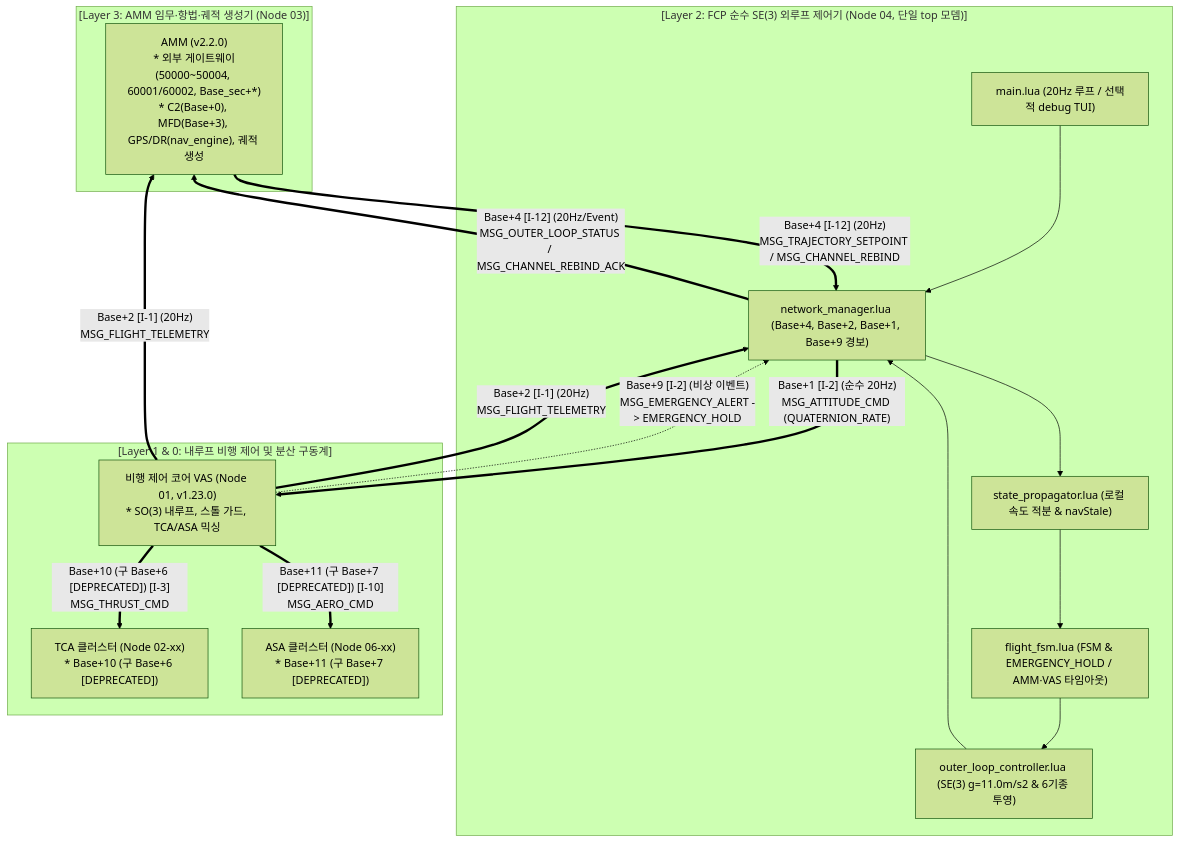
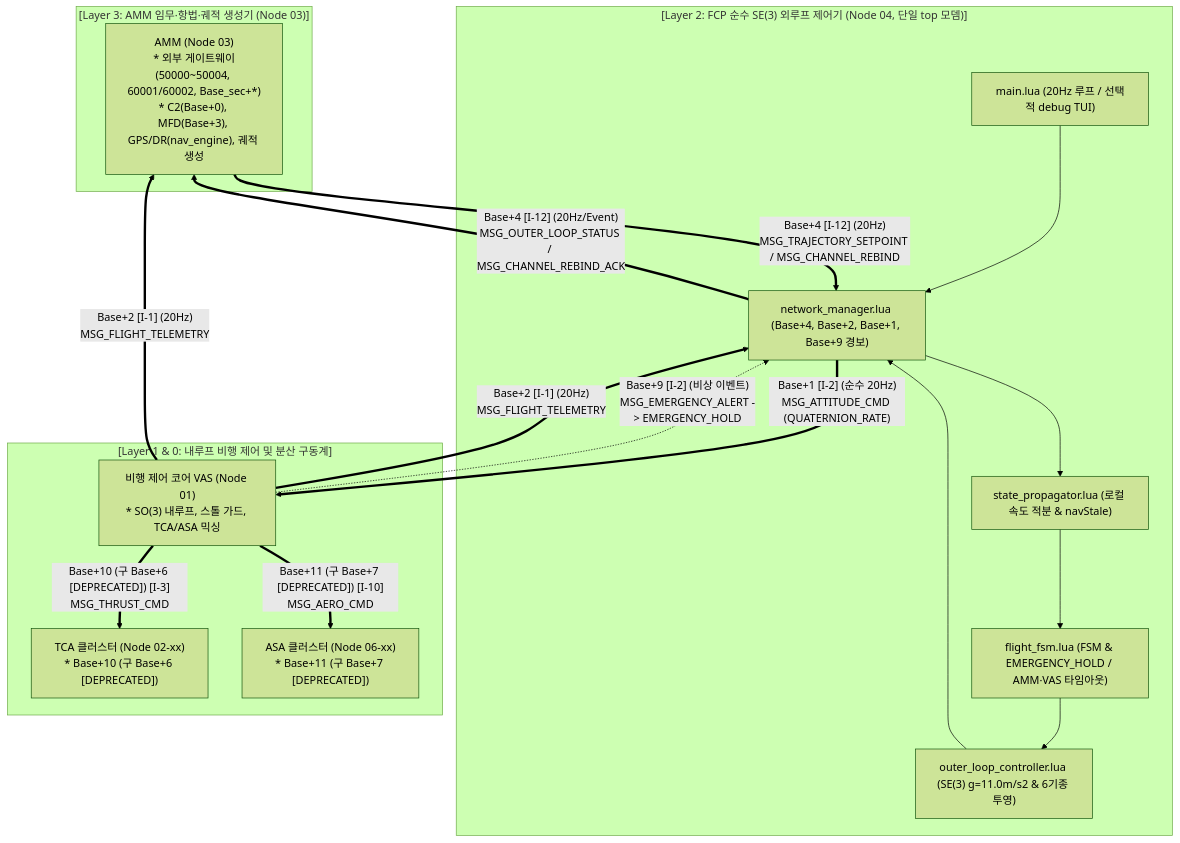
Before and after one commit to Polimachi/Aeroneutics_Autopilot: the first of 5 diagrams in docs/specs/2_guidance/fcp/FCP_PROGRAM_SPECIFICATION.md, drawn with Mermaid (forest theme). The commit also changed other lines of this file, not shown here.

````diff
--- a/docs/specs/2_guidance/fcp/FCP_PROGRAM_SPECIFICATION.md
+++ b/docs/specs/2_guidance/fcp/FCP_PROGRAM_SPECIFICATION.md
@@ -81,34 +74,34 @@
 ```mermaid
 flowchart TD
     subgraph AMM_LAYER["[Layer 3: AMM 임무·항법·궤적 생성기 (Node 03)]"]
-        AMM["AMM (v2.2.0)<br/>* 외부 게이트웨이(50000~50004, 60001/60002, Base_sec+*)<br/>* C2(Base+0), MFD(Base+3), GPS/DR(nav_engine), 궤적 생성"]
+        AMM["AMM (Node 03)<br/>* 외부 게이트웨이(50000~50004, 60001/60002, Base_sec+*)<br/>* C2(Base+0), MFD(Base+3), GPS/DR(nav_engine), 궤적 생성"]
     end
 
     subgraph FCP_NODE["[Layer 2: FCP 순수 SE(3) 외루프 제어기 (Node 04, 단일 top 모뎀)]"]
         FCP_MAIN["main.lua (20Hz 루프 / 선택적 debug TUI)"]
         NET_MGR["network_manager.lua (Base+4, Base+2, Base+1, Base+9 경보)"]
         PROP["state_propagator.lua (로컬 속도 적분 & navStale)"]
         OUTER["outer_loop_controller.lua (SE(3) g=11.0m/s2 & 6기종 투영)"]
         FSM["flight_fsm.lua (FSM & EMERGENCY_HOLD / AMM·VAS 타임아웃)"]
         FCP_MAIN --> NET_MGR
         NET_MGR --> PROP
         PROP --> FSM
         FSM --> OUTER
         OUTER --> NET_MGR
     end
 
     subgraph ACTUATION_SUBSYSTEM["[Layer 1 & 0: 내루프 비행 제어 및 분산 구동계]"]
-        CORE["비행 제어 코어 VAS (Node 01, v1.23.0)<br/>* SO(3) 내루프, 스톨 가드, TCA/ASA 믹싱"]
+        CORE["비행 제어 코어 VAS (Node 01)<br/>* SO(3) 내루프, 스톨 가드, TCA/ASA 믹싱"]
         TCA["TCA 클러스터 (Node 02-xx)<br/>* Base+10 (구 Base+6 [DEPRECATED])"]
         ASA["ASA 클러스터 (Node 06-xx)<br/>* Base+11 (구 Base+7 [DEPRECATED])"]
     end
 
     AMM ==>|"Base+4 [I-12] (20Hz)<br/>MSG_TRAJECTORY_SETPOINT / MSG_CHANNEL_REBIND"| NET_MGR
     NET_MGR ==>|"Base+4 [I-12] (20Hz/Event)<br/>MSG_OUTER_LOOP_STATUS / MSG_CHANNEL_REBIND_ACK"| AMM
     NET_MGR ==>|"Base+1 [I-2] (순수 20Hz)<br/>MSG_ATTITUDE_CMD (QUATERNION_RATE)"| CORE
     CORE -.->|"Base+9 [I-2] (비상 이벤트)<br/>MSG_EMERGENCY_ALERT -> EMERGENCY_HOLD"| NET_MGR
     CORE ==>|"Base+2 [I-1] (20Hz)<br/>MSG_FLIGHT_TELEMETRY"| NET_MGR
     CORE ==>|"Base+2 [I-1] (20Hz)<br/>MSG_FLIGHT_TELEMETRY"| AMM
     CORE ==>|"Base+10 (구 Base+6 [DEPRECATED]) [I-3]<br/>MSG_THRUST_CMD"| TCA
     CORE ==>|"Base+11 (구 Base+7 [DEPRECATED]) [I-10]<br/>MSG_AERO_CMD"| ASA
 ```
````
